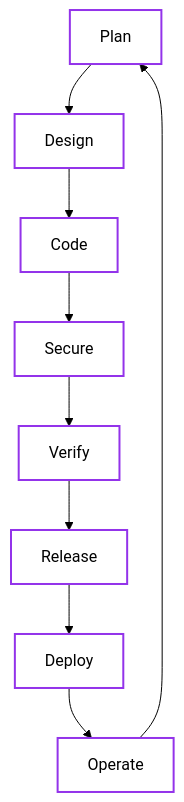
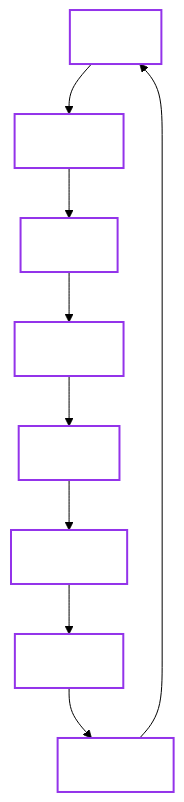
One commit to dc-tec/openbao-operator changed the diagram in docs/contributing/sdlc.md. Above: the diagram before and after it, drawn with Mermaid (forest theme). The commit also changed 48 other files, not shown here.

````diff
--- a/docs/contributing/sdlc.md
+++ b/docs/contributing/sdlc.md
@@ -7,14 +7,16 @@
 ```mermaid
 graph TD
     Plan --> Design
     Design --> Code
     Code --> Secure
     Secure --> Verify
     Verify --> Release
     Release --> Deploy
     Deploy --> Operate
     Operate --> Plan
 
-    classDef phase fill:transparent,stroke:#9333ea,stroke-width:2px;
-    class Plan,Design,Code,Secure,Verify,Release,Deploy,Operate phase;
+    classDef read fill:transparent,stroke:#60a5fa,stroke-width:2px,color:#fff;
+    classDef write fill:transparent,stroke:#22c55e,stroke-width:2px,color:#fff;
+    classDef process fill:transparent,stroke:#9333ea,stroke-width:2px,color:#fff;
+    class Plan,Design,Code,Secure,Verify,Release,Deploy,Operate process;
 ```
````
